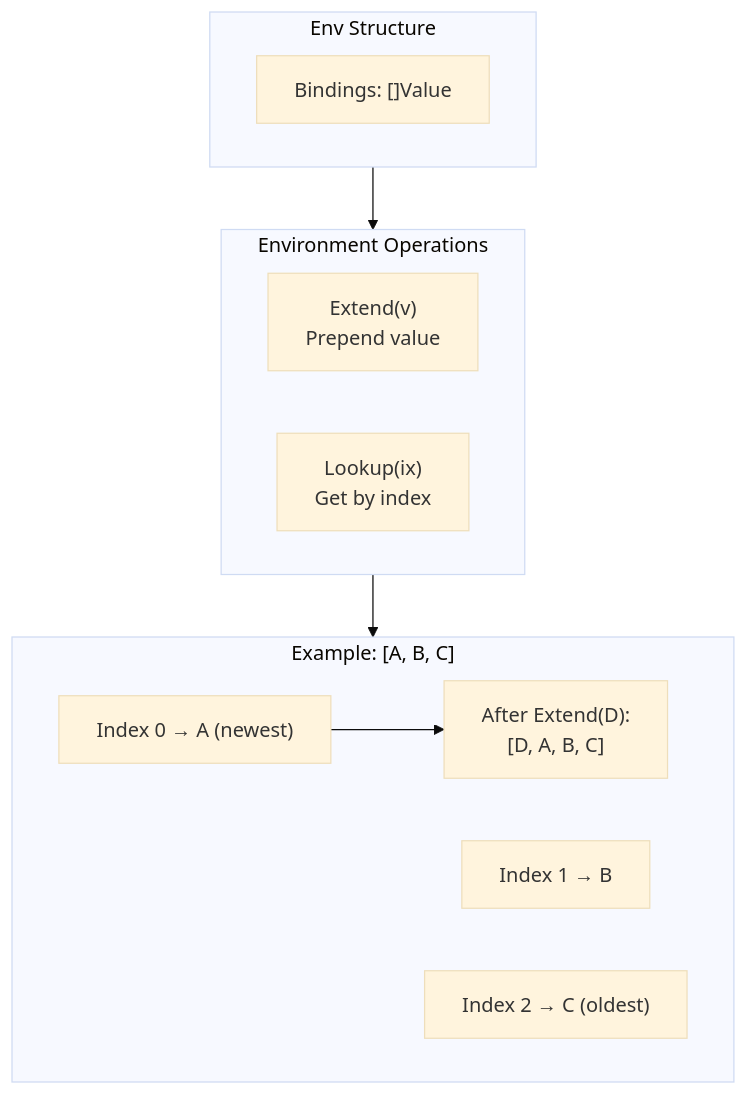
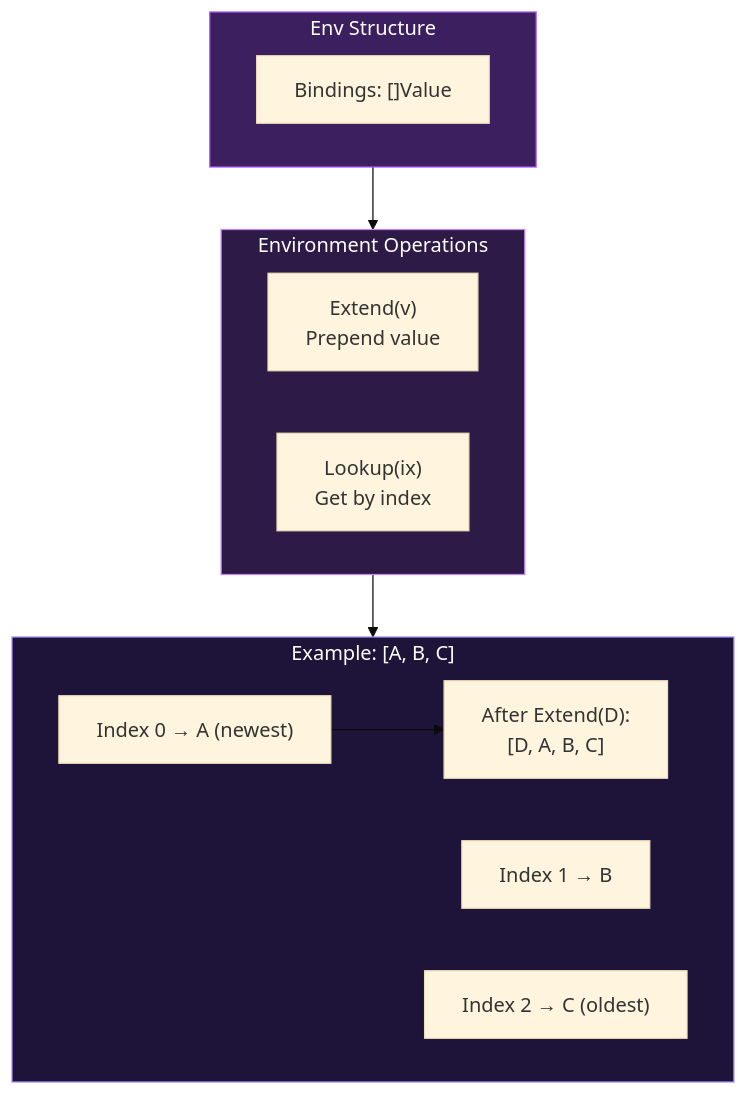
Before and after one commit to watchthelight/HypergraphGo: diagram 20 of 23 in DIAGRAMS.md, drawn with Mermaid (base theme). The commit also changed other lines of this file, not shown here.

First line of the commit message:
docs(diagrams): add master architecture diagram with dark theme

````diff
--- a/DIAGRAMS.md
+++ b/DIAGRAMS.md
@@ -797,25 +1257,29 @@
 ```mermaid
 flowchart TB
     subgraph Env["Env Structure"]
         Bindings["Bindings: []Value"]
     end
 
     subgraph EnvOps["Environment Operations"]
         direction LR
         Extend["Extend(v)<br/>Prepend value"]
         Lookup["Lookup(ix)<br/>Get by index"]
     end
 
     subgraph Example["Example: [A, B, C]"]
         E0["Index 0 → A (newest)"]
         E1["Index 1 → B"]
         E2["Index 2 → C (oldest)"]
 
         After["After Extend(D):<br/>[D, A, B, C]"]
 
         E0 --> After
     end
 
     Env --> EnvOps
     EnvOps --> Example
+
+    style Env fill:#3b1f5f,stroke:#a855f7,color:#fff
+    style EnvOps fill:#2e1a47,stroke:#c084fc,color:#fff
+    style Example fill:#1e1338,stroke:#a78bfa,color:#fff
 ```
````
